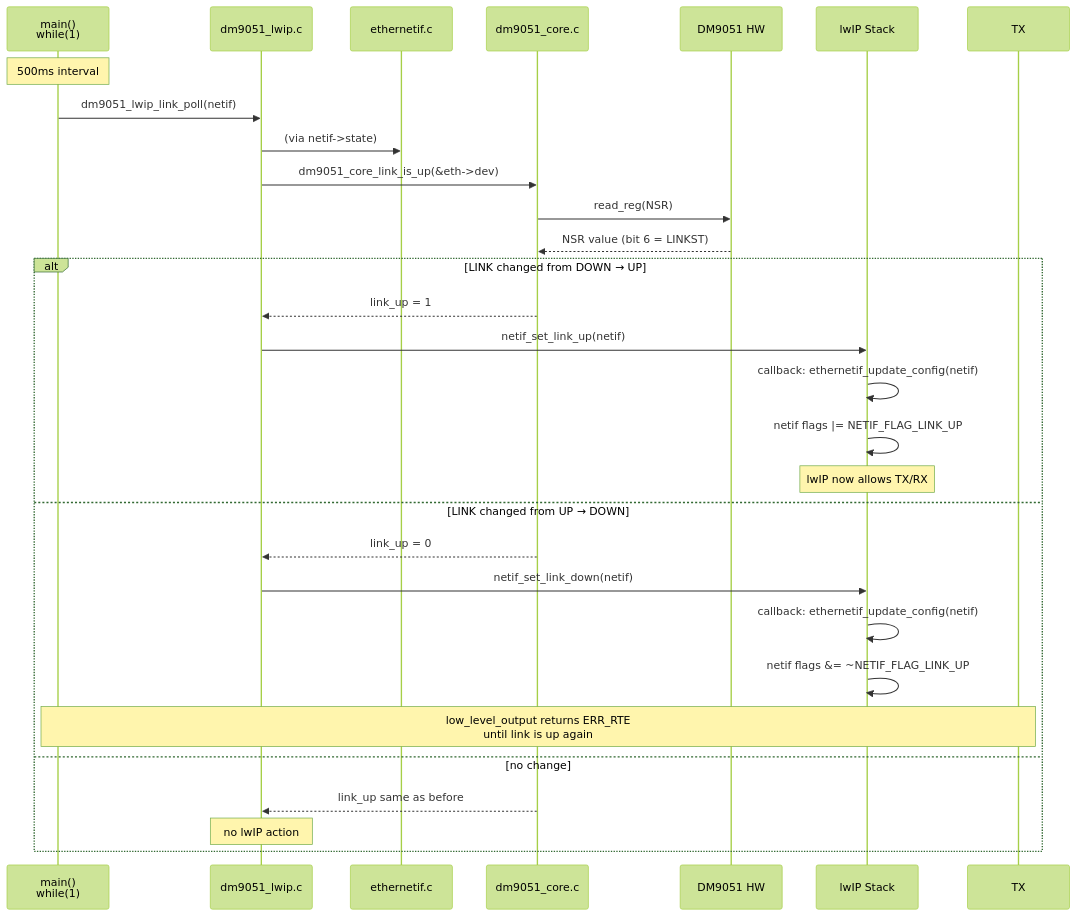
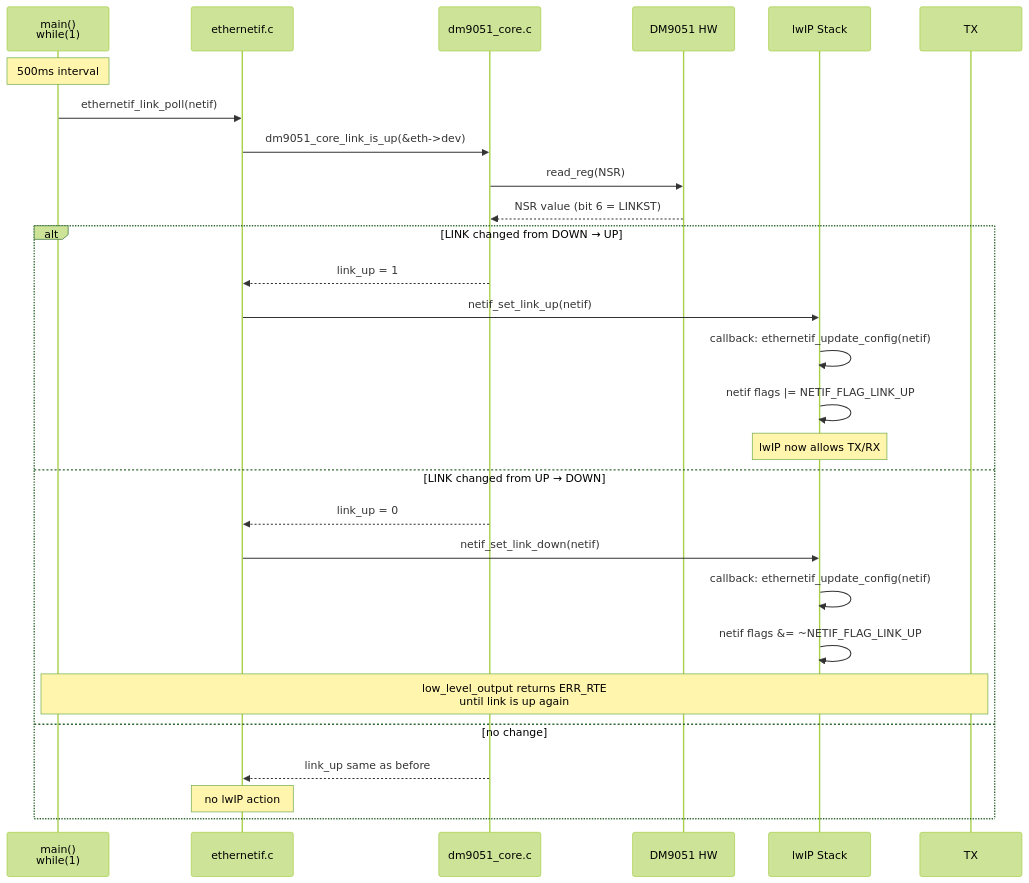
One commit to yicheng55/mh2030_demo changed the fourth of 5 diagrams in docs/dm9051_lwip_adapter_analysis.md. Above: the diagram before and after it, drawn with Mermaid (forest theme). The commit also changed other lines of this file, not shown here.

````diff
--- a/docs/dm9051_lwip_adapter_analysis.md
+++ b/docs/dm9051_lwip_adapter_analysis.md
@@ -637,33 +648,31 @@
 ```mermaid
 sequenceDiagram
     participant APP as main()<br/>while(1)
-    participant ADPT as dm9051_lwip.c
     participant ETHIF as ethernetif.c
     participant CORE as dm9051_core.c
     participant DM as DM9051 HW
     participant LWIP as lwIP Stack
 
     Note over APP: 500ms interval
-    APP->>ADPT: dm9051_lwip_link_poll(netif)
-    ADPT->>ETHIF: (via netif->state)
-    ADPT->>CORE: dm9051_core_link_is_up(&eth->dev)
+    APP->>ETHIF: ethernetif_link_poll(netif)
+    ETHIF->>CORE: dm9051_core_link_is_up(&eth->dev)
     CORE->>DM: read_reg(NSR)
     DM-->>CORE: NSR value (bit 6 = LINKST)
 
     alt LINK changed from DOWN → UP
-        CORE-->>ADPT: link_up = 1
-        ADPT->>LWIP: netif_set_link_up(netif)
+        CORE-->>ETHIF: link_up = 1
+        ETHIF->>LWIP: netif_set_link_up(netif)
         LWIP->>LWIP: callback: ethernetif_update_config(netif)
         LWIP->>LWIP: netif flags |= NETIF_FLAG_LINK_UP
         Note over LWIP: lwIP now allows TX/RX
     else LINK changed from UP → DOWN
-        CORE-->>ADPT: link_up = 0
-        ADPT->>LWIP: netif_set_link_down(netif)
+        CORE-->>ETHIF: link_up = 0
+        ETHIF->>LWIP: netif_set_link_down(netif)
         LWIP->>LWIP: callback: ethernetif_update_config(netif)
         LWIP->>LWIP: netif flags &= ~NETIF_FLAG_LINK_UP
         Note over APP,TX: low_level_output returns ERR_RTE<br/>until link is up again
     else no change
-        CORE-->>ADPT: link_up same as before
-        Note over ADPT: no lwIP action
+        CORE-->>ETHIF: link_up same as before
+        Note over ETHIF: no lwIP action
     end
 ```
````
